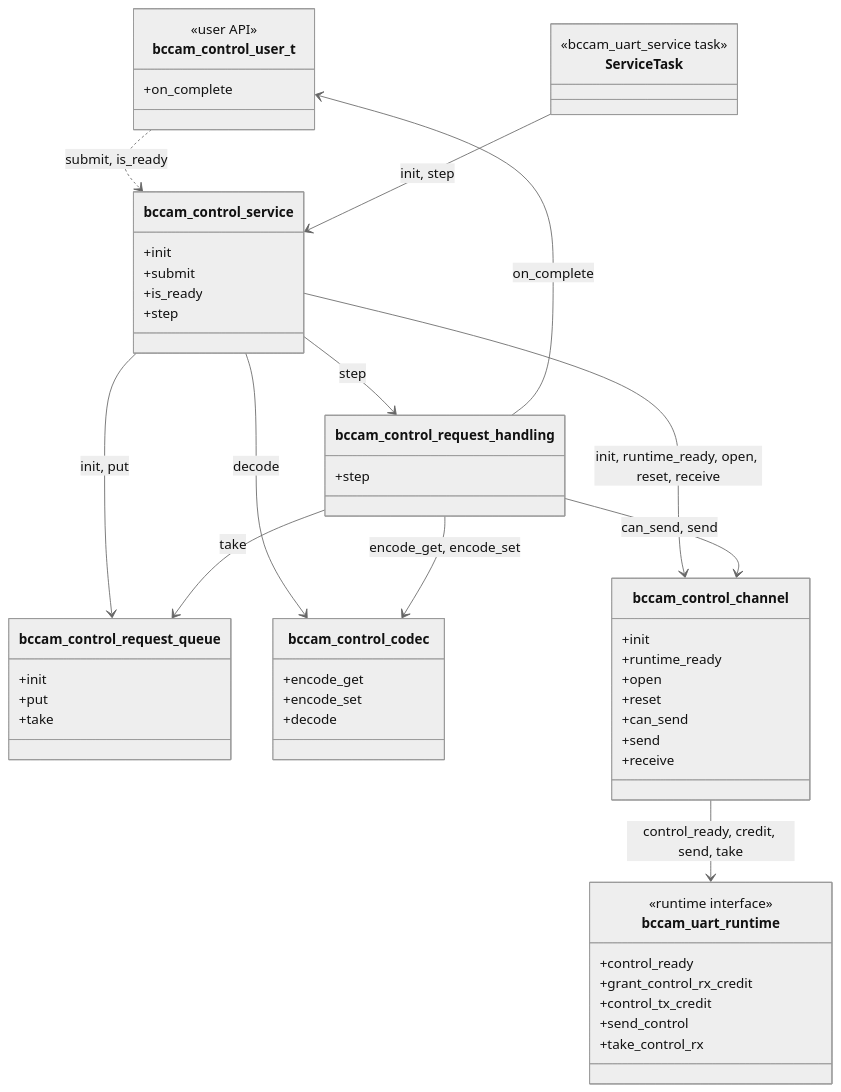
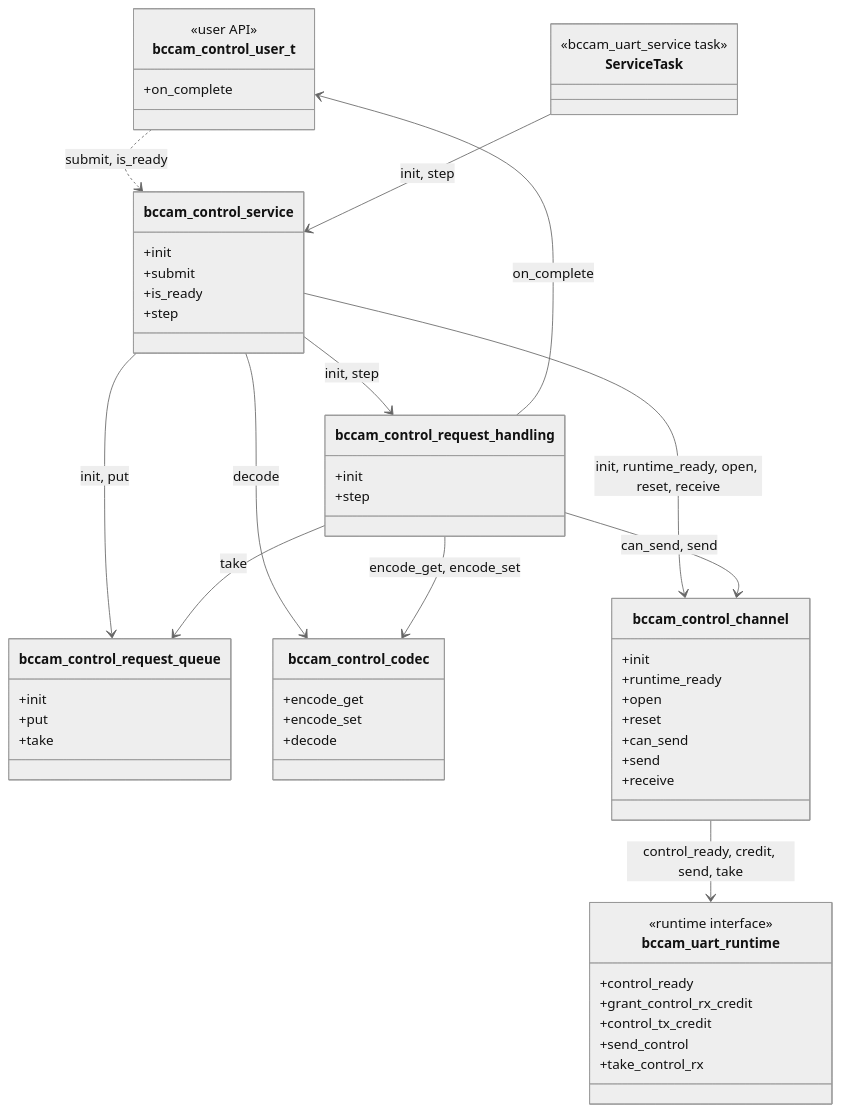
Before and after one commit to bitcraze/crazyflie-firmware: the first of 10 diagrams in docs/functional-areas/camera-deck-control.md, drawn with Mermaid (neutral theme). The commit also changed other lines of this file, not shown here.

Commit message:
docs: Added request handling init function.

````diff
--- a/docs/functional-areas/camera-deck-control.md
+++ b/docs/functional-areas/camera-deck-control.md
@@ -157,67 +157,68 @@
 ```mermaid
 classDiagram
     direction TB
 
     class bccam_control_user_t {
         <<user API>>
         +on_complete
     }
 
     class bccam_control_service {
         +init
         +submit
         +is_ready
         +step
     }
 
     class bccam_control_request_queue {
         +init
         +put
         +take
     }
 
     class bccam_control_request_handling {
+        +init
         +step
     }
 
     class bccam_control_codec {
         +encode_get
         +encode_set
         +decode
     }
 
     class bccam_control_channel {
         +init
         +runtime_ready
         +open
         +reset
         +can_send
         +send
         +receive
     }
 
     class bccam_uart_runtime {
         <<runtime interface>>
         +control_ready
         +grant_control_rx_credit
         +control_tx_credit
         +send_control
         +take_control_rx
     }
 
     class ServiceTask {
         <<bccam_uart_service task>>
     }
 
     bccam_control_user_t ..> bccam_control_service : submit, is_ready
     ServiceTask --> bccam_control_service : init, step
     bccam_control_service --> bccam_control_request_queue : init, put
     bccam_control_service --> bccam_control_channel : init, runtime_ready, open, reset, receive
     bccam_control_service --> bccam_control_codec : decode
-    bccam_control_service --> bccam_control_request_handling : step
+    bccam_control_service --> bccam_control_request_handling : init, step
     bccam_control_request_handling --> bccam_control_request_queue : take
     bccam_control_request_handling --> bccam_control_codec : encode_get, encode_set
     bccam_control_request_handling --> bccam_control_channel : can_send, send
     bccam_control_request_handling --> bccam_control_user_t : on_complete
     bccam_control_channel --> bccam_uart_runtime : control_ready, credit, send, take
 ```
````
